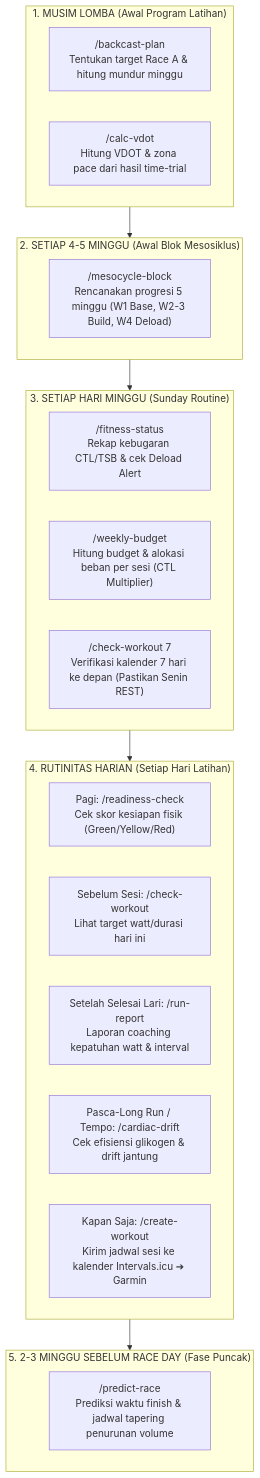
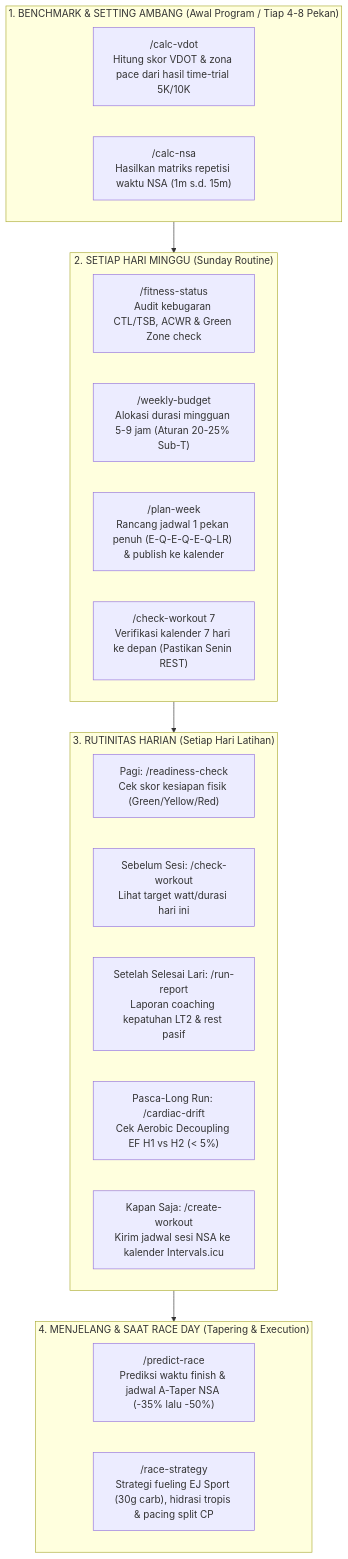
One commit to hadidwirsty/intervals-icu-mcp changed the diagram in docs/WORKFLOWS-GUIDE.md. Above: the diagram before and after it, drawn with Mermaid. The commit also changed other lines of this file and 40 other files, not shown here.

````diff
--- a/docs/WORKFLOWS-GUIDE.md
+++ b/docs/WORKFLOWS-GUIDE.md
@@ -10,34 +10,31 @@
 ```mermaid
 graph TD
-    subgraph A["1. MUSIM LOMBA (Awal Program Latihan)"]
-        W1["/backcast-plan<br/>Tentukan target Race A & hitung mundur minggu"]
-        W2["/calc-vdot<br/>Hitung VDOT & zona pace dari hasil time-trial"]
+    subgraph A["1. BENCHMARK & SETTING AMBANG (Awal Program / Tiap 4-8 Pekan)"]
+        W1["/calc-vdot<br/>Hitung skor VDOT & zona pace dari hasil time-trial 5K/10K"]
+        W2["/calc-nsa<br/>Hasilkan matriks repetisi waktu NSA (1m s.d. 15m)"]
     end
 
-    subgraph B["2. SETIAP 4-5 MINGGU (Awal Blok Mesosiklus)"]
-        W3["/mesocycle-block<br/>Rencanakan progresi 5 minggu (W1 Base, W2-3 Build, W4 Deload)"]
-    end
-
-    subgraph C["3. SETIAP HARI MINGGU (Sunday Routine)"]
-        W4["/fitness-status<br/>Rekap kebugaran CTL/TSB & cek Deload Alert"]
-        W5["/weekly-budget<br/>Hitung budget & alokasi beban per sesi (CTL Multiplier)"]
+    subgraph B["2. SETIAP HARI MINGGU (Sunday Routine)"]
+        W3["/fitness-status<br/>Audit kebugaran CTL/TSB, ACWR & Green Zone check"]
+        W4["/weekly-budget<br/>Alokasi durasi mingguan 5-9 jam (Aturan 20-25% Sub-T)"]
+        W5["/plan-week<br/>Rancang jadwal 1 pekan penuh (E-Q-E-Q-E-Q-LR) & publish ke kalender"]
         W6["/check-workout 7<br/>Verifikasi kalender 7 hari ke depan (Pastikan Senin REST)"]
     end
 
-    subgraph D["4. RUTINITAS HARIAN (Setiap Hari Latihan)"]
+    subgraph C["3. RUTINITAS HARIAN (Setiap Hari Latihan)"]
         W7["Pagi: /readiness-check<br/>Cek skor kesiapan fisik (Green/Yellow/Red)"]
         W8["Sebelum Sesi: /check-workout<br/>Lihat target watt/durasi hari ini"]
-        W9["Setelah Selesai Lari: /run-report<br/>Laporan coaching kepatuhan watt & interval"]
-        W10["Pasca-Long Run / Tempo: /cardiac-drift<br/>Cek efisiensi glikogen & drift jantung"]
-        W11["Kapan Saja: /create-workout<br/>Kirim jadwal sesi ke kalender Intervals.icu ➔ Garmin"]
+        W9["Setelah Selesai Lari: /run-report<br/>Laporan coaching kepatuhan LT2 & rest pasif"]
+        W10["Pasca-Long Run: /cardiac-drift<br/>Cek Aerobic Decoupling EF H1 vs H2 (< 5%)"]
+        W11["Kapan Saja: /create-workout<br/>Kirim jadwal sesi NSA ke kalender Intervals.icu"]
     end
 
-    subgraph E["5. 2-3 MINGGU SEBELUM RACE DAY (Fase Puncak)"]
-        W12["/predict-race<br/>Prediksi waktu finish & jadwal tapering penurunan volume"]
+    subgraph D["4. MENJELANG & SAAT RACE DAY (Tapering & Execution)"]
+        W12["/predict-race<br/>Prediksi waktu finish & jadwal A-Taper NSA (-35% lalu -50%)"]
+        W13["/race-strategy<br/>Strategi fueling EJ Sport (30g carb), hidrasi tropis & pacing split CP"]
     end
 
     A --> B
     B --> C
     C --> D
-    D --> E
 ```
````
